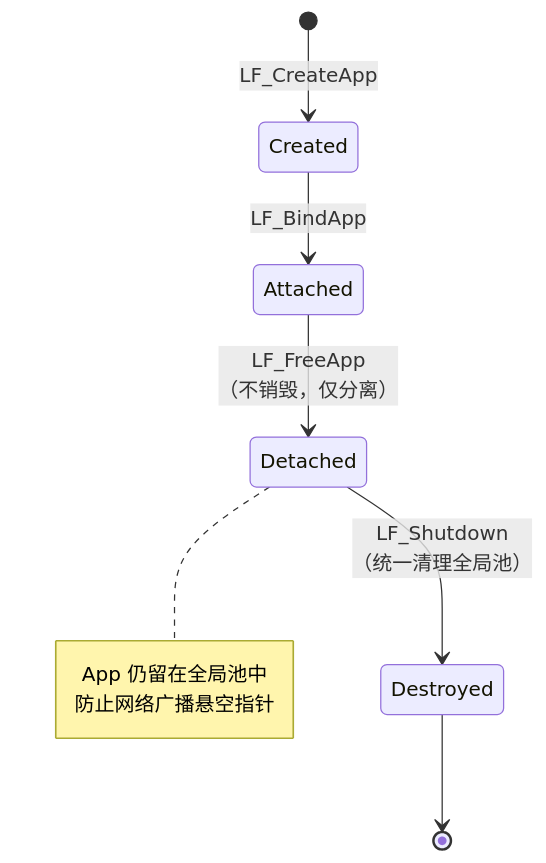
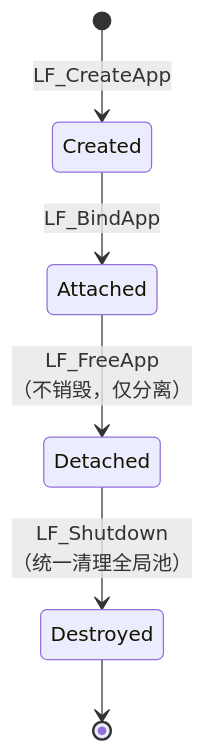
Before and after one commit to PassByYou888/LingoFuse-pasAgent: the ninth of 16 diagrams in LingoFuse_Python_Binding_Migration_Record.md, drawn with Mermaid. The commit also changed other lines of this file, not shown here.

````diff
--- a/LingoFuse_Python_Binding_Migration_Record.md
+++ b/LingoFuse_Python_Binding_Migration_Record.md
@@ -293,13 +315,8 @@
 ```mermaid
 stateDiagram-v2
     [*] --> Created: LF_CreateApp
     Created --> Attached: LF_BindApp
     Attached --> Detached: LF_FreeApp<br/>（不销毁，仅分离）
     Detached --> Destroyed: LF_Shutdown<br/>（统一清理全局池）
     Destroyed --> [*]
-
-    note right of Detached
-        App 仍留在全局池中
-        防止网络广播悬空指针
-    end note
 ```
````
